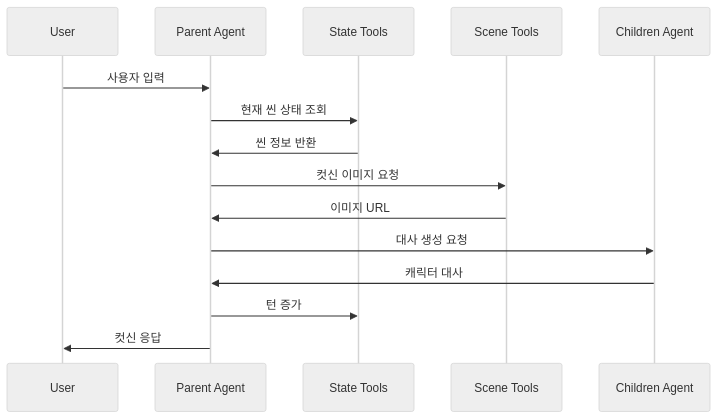
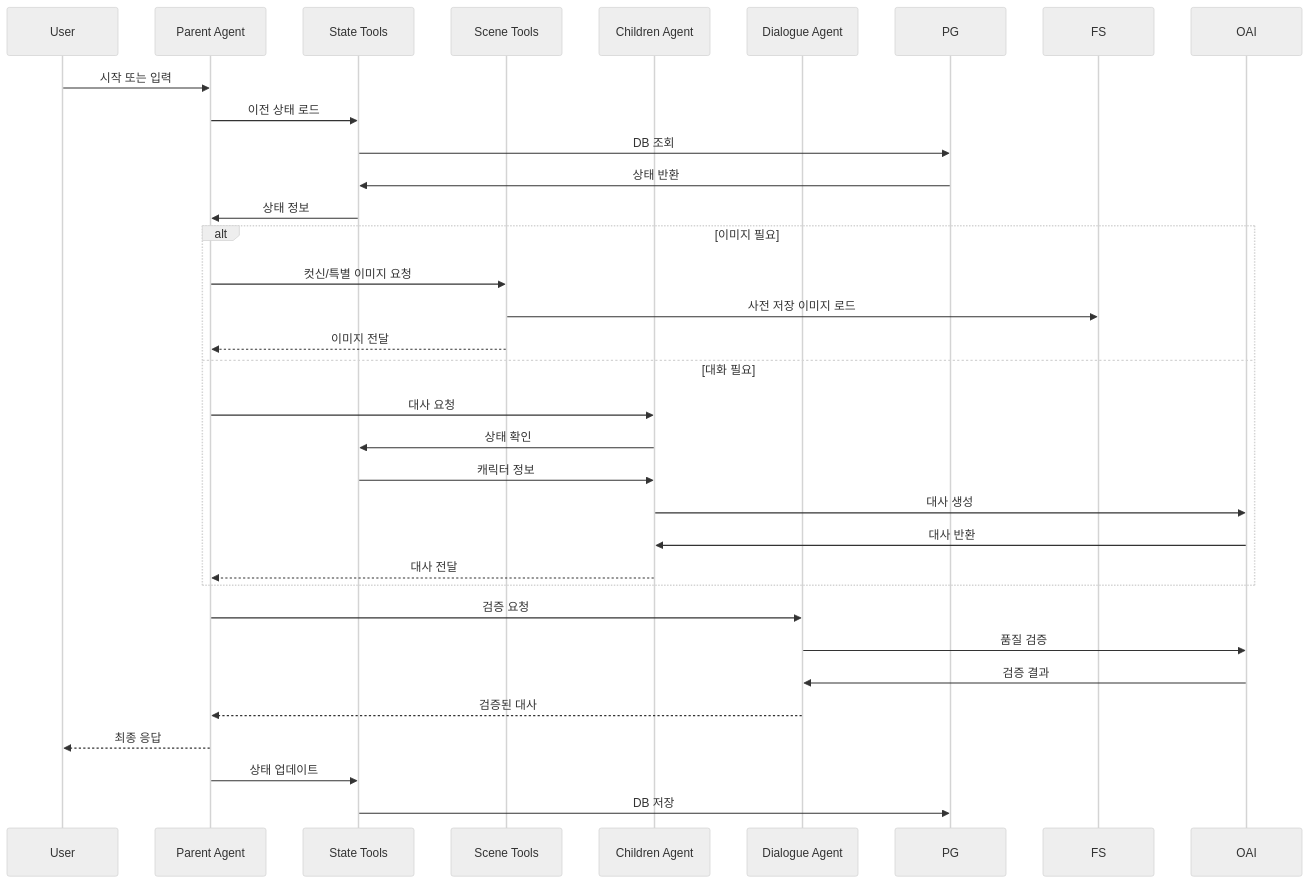
One commit to SKNETWORKS-FAMILY-AICAMP/SKN15-FINAL-5TEAM changed the fourth of 7 diagrams in documents/in_progress/system-architecture.md. Above: the diagram before and after it, drawn with Mermaid (neutral theme). The commit also changed other lines of this file, not shown here.

````diff
--- a/documents/in_progress/system-architecture.md
+++ b/documents/in_progress/system-architecture.md
@@ -113,18 +96,36 @@
 ```mermaid
 sequenceDiagram
-    participant U as User
-    participant P as Parent Agent
-    participant S as State Tools
-    participant SC as Scene Tools
-    participant C as Children Agent
-    
-    U->>P: 사용자 입력
-    P->>S: 현재 씬 상태 조회
-    S->>P: 씬 정보 반환
-    P->>SC: 컷신 이미지 요청
-    SC->>P: 이미지 URL
-    P->>C: 대사 생성 요청
-    C->>P: 캐릭터 대사
-    P->>S: 턴 증가
-    P->>U: 컷신 응답
-```
+  participant U as User
+  participant P as Parent Agent
+  participant ST as State Tools
+  participant SC as Scene Tools
+  participant C as Children Agent
+  participant D as Dialogue Agent
+
+  U->>P: 시작 또는 입력
+  P->>ST: 이전 상태 로드
+  ST->>PG: DB 조회
+  PG->>ST: 상태 반환
+  ST->>P: 상태 정보
+
+  alt 이미지 필요
+    P->>SC: 컷신/특별 이미지 요청
+    SC->>FS: 사전 저장 이미지 로드
+    SC-->>P: 이미지 전달
+  else 대화 필요
+    P->>C: 대사 요청
+    C->>ST: 상태 확인
+    ST->>C: 캐릭터 정보
+    C->>OAI: 대사 생성
+    OAI->>C: 대사 반환
+    C-->>P: 대사 전달
+  end
+
+  P->>D: 검증 요청
+  D->>OAI: 품질 검증
+  OAI->>D: 검증 결과
+  D-->>P: 검증된 대사
+  P-->>U: 최종 응답
+  P->>ST: 상태 업데이트
+  ST->>PG: DB 저장
+```  
````
